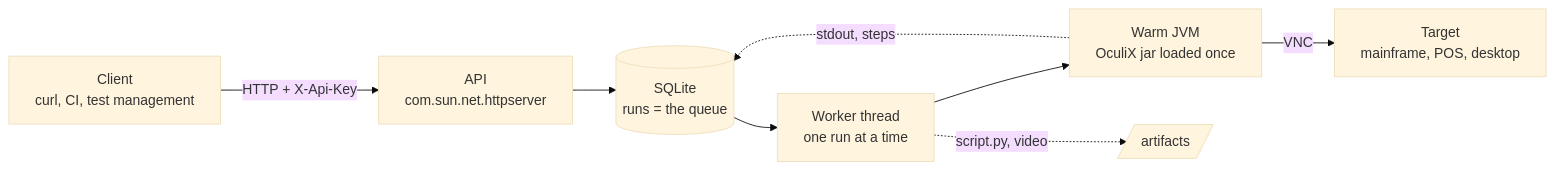
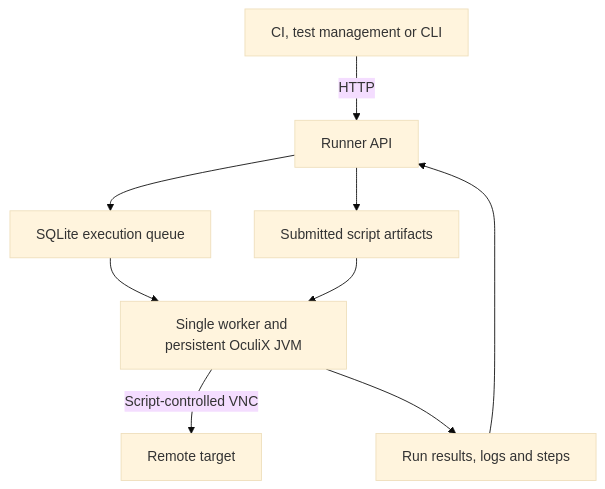
One commit to julienmerconsulting/oculix-runner changed the first of 3 diagrams in README.md. Above: the diagram before and after it, drawn with Mermaid (base theme). The commit also changed other lines of this file, not shown here.

First line of the commit message:
README: CI/CD first, a first run without any target, the verdict rules

````diff
--- a/README.md
+++ b/README.md
@@ -21,10 +179,11 @@
 ```mermaid
-flowchart LR
-    C[Client<br/>curl, CI, test management] -- "HTTP + X-Api-Key" --> A[API<br/>com.sun.net.httpserver]
-    A --> Q[(SQLite<br/>runs = the queue)]
-    Q --> W[Worker thread<br/>one run at a time]
-    W --> J[Warm JVM<br/>OculiX jar loaded once]
-    J -- "VNC" --> T[Target<br/>mainframe, POS, desktop]
-    J -. "stdout, steps" .-> Q
-    W -. "script.py, video" .-> F[/artifacts/]
+flowchart TD
+    C["CI, test management or CLI"] -->|HTTP| A["Runner API"]
+    A --> Q["SQLite execution queue"]
+    A --> F["Submitted script artifacts"]
+    Q --> W["Single worker and persistent OculiX JVM"]
+    F --> W
+    W -->|"Script-controlled VNC"| T["Remote target"]
+    W --> R["Run results, logs and steps"]
+    R --> A
 ```
````
